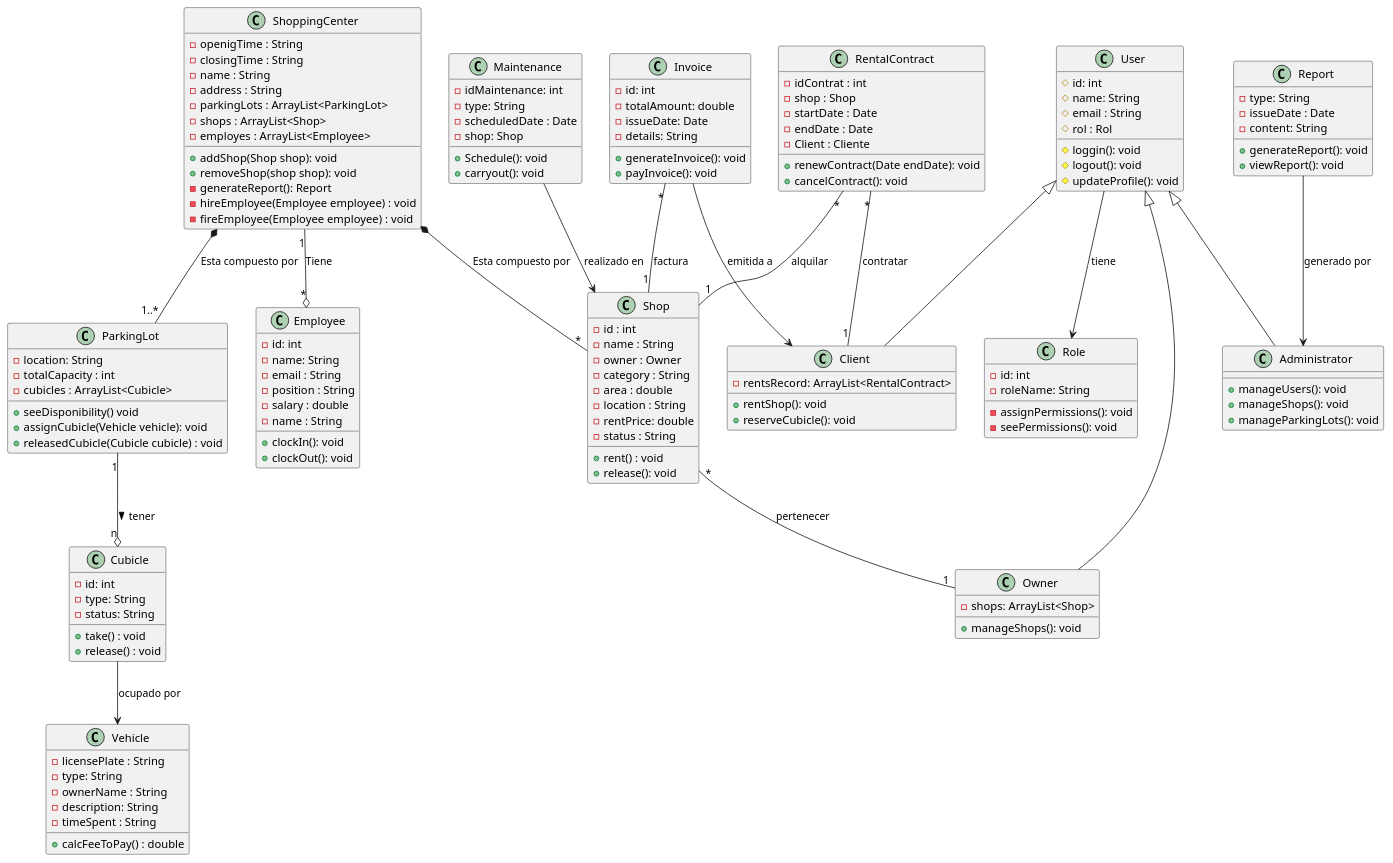
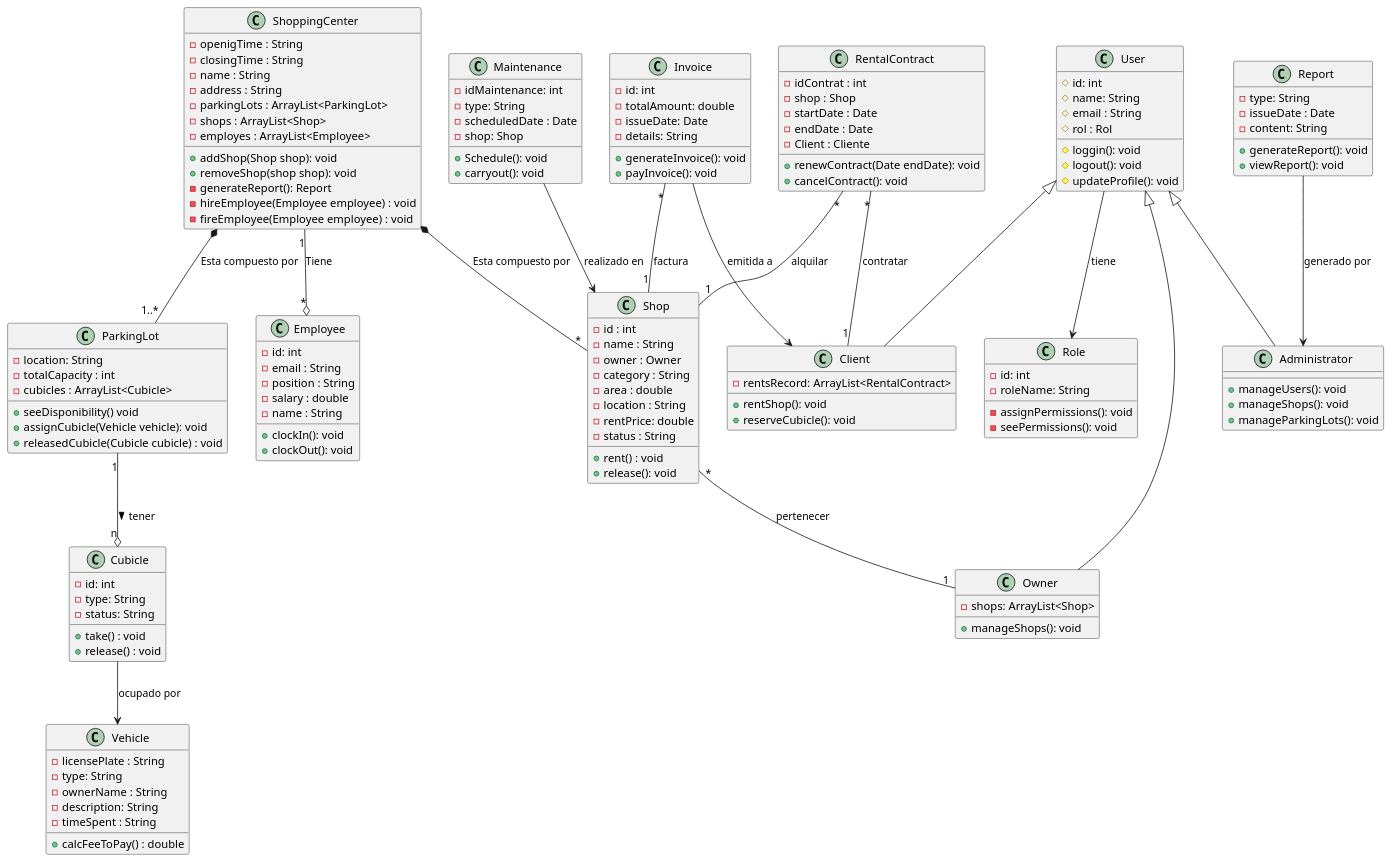
Before and after one commit to cleymeravilaa/Gestion-Centro-Comercial: the diagram in src/co/edu/unicolombo/s3/poo/GestionCentroComercial/docs/DiagramasClases.puml, drawn with PlantUML. The commit also changed 5 other files, not shown here.

```diff
--- a/src/co/edu/unicolombo/s3/poo/GestionCentroComercial/docs/DiagramasClases.puml
+++ b/src/co/edu/unicolombo/s3/poo/GestionCentroComercial/docs/DiagramasClases.puml
@@ -1,185 +1,184 @@
 @startuml
 
 ' Centro Comercial
 class ShoppingCenter {
     - openigTime : String
     - closingTime : String
     - name : String
     - address : String
     - parkingLots : ArrayList<ParkingLot>
     - shops : ArrayList<Shop>
     - employes : ArrayList<Employee>
     + addShop(Shop shop): void
     + removeShop(shop shop): void
     - generateReport(): Report
     - hireEmployee(Employee employee) : void
     - fireEmployee(Employee employee) : void
 }
 
 'Local
 class Shop {
     - id : int
     - name : String 
     - owner : Owner
     - category : String 
     - area : double
     - location : String
     - rentPrice: double
     - status : String
     + rent() : void 
     + release(): void
 }
 
 ' Contrato Alquiler
 class RentalContract {
     - idContrat : int
     - shop : Shop
     - startDate : Date
     - endDate : Date
     - Client : Cliente
     + renewContract(Date endDate): void
     + cancelContract(): void
 }
 
 'Parqueadero
 class ParkingLot {
     - location: String
     - totalCapacity : int
     - cubicles : ArrayList<Cubicle>
     + seeDisponibility() void
     + assignCubicle(Vehicle vehicle): void
     + releasedCubicle(Cubicle cubicle) : void
 }
 
 ' Cubiculo
 class Cubicle {
     - id: int
     - type: String
     - status: String
     + take() : void
     + release() : void
 }
 
 ' Vehiculo
 class Vehicle {
     - licensePlate : String
     - type: String
     - ownerName : String
     - description: String
     - timeSpent : String
     + calcFeeToPay() : double
 }
 
 ' Usuario
 class User {
     # id: int
     # name: String
     # email : String
     # rol : Rol
     # loggin(): void
     # logout(): void
     # updateProfile(): void
 }
 
 ' Propietario
 class Owner {
     - shops: ArrayList<Shop>
     + manageShops(): void
 }
 
 ' Cliente
 class Client {
     - rentsRecord: ArrayList<RentalContract>
     + rentShop(): void
     + reserveCubicle(): void
 }
 
 ' Admin
 class Administrator {
     + manageUsers(): void
     + manageShops(): void
     + manageParkingLots(): void
 }
 
 class Employee {
     - id: int
-    - name: String
     - email : String
     - position : String
     - salary : double
     - name : String
     + clockIn(): void
     + clockOut(): void
 }
 ' Rol
 class Role {
     - id: int
     - roleName: String
     - assignPermissions(): void
     - seePermissions(): void
 }
 
 ' Factura
 class Invoice {
     - id: int
     - totalAmount: double 
     - issueDate: Date
     - details: String
     + generateInvoice(): void
     + payInvoice(): void
 }
 
 ' Reporte
 class Report {
     - type: String
     - issueDate : Date
     - content: String
     + generateReport(): void
     + viewReport(): void
 }
 
 ' Mantenimiento
 class Maintenance {
     - idMaintenance: int
     - type: String
     - scheduledDate : Date
     - shop: Shop
     + Schedule(): void
     + carryout(): void
 }
 
 
 ' Relaciones 
 
 ' Herencia
 User <|-- Owner 
 User <|-- Administrator 
 User <|-- Client
 
 ' Asociacion
 Shop "*" -- "1" Owner : pertenecer
 RentalContract "*" -- "1" Shop : alquilar
 RentalContract "*" -- "1" Client : contratar
 ParkingLot "1" --o "n" Cubicle: tener >
 ' Relación entre Cubicle y Vehicle
 Cubicle --> Vehicle : "ocupado por"
 
 ' Relación entre Usuario y Rol
 User --> Role : "tiene"
 ' Relación entre Invoice y Client
 Invoice --> Client : "emitida a"
 
 Invoice "*" -- "1" Shop: factura
 
 ' Relación entre Reporte y Administrator
 Report --> Administrator : "generado por"
 
 ' Relación entre Mantenimiento y Shop
 Maintenance --> Shop : "realizado en"
 
 
 ' Composicion
 ShoppingCenter *-- "*" Shop : Esta compuesto por
 ShoppingCenter *-- "1..*" ParkingLot : Esta compuesto por
 ShoppingCenter "1" --o "*" Employee : Tiene
 @enduml
```
